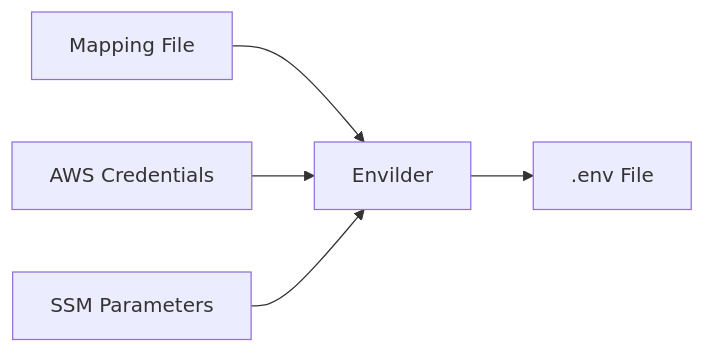
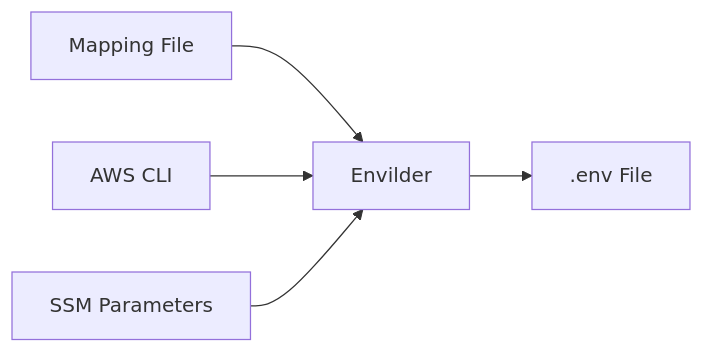
Before and after one commit to macalbert/envilder: the diagram in README.md, drawn with Mermaid. The commit also changed other lines of this file, not shown here.

Commit message:
docs: update README.md to correct AWS CLI reference and Node.js version requirement

````diff
--- a/README.md
+++ b/README.md
@@ -95,7 +95,7 @@
 ```mermaid
 graph LR
     A[Mapping File] --> B[Envilder]
-    C[AWS Credentials] --> B
+    C[AWS CLI] --> B
     B --> D[.env File]
     E[SSM Parameters] --> B
 ```
````
